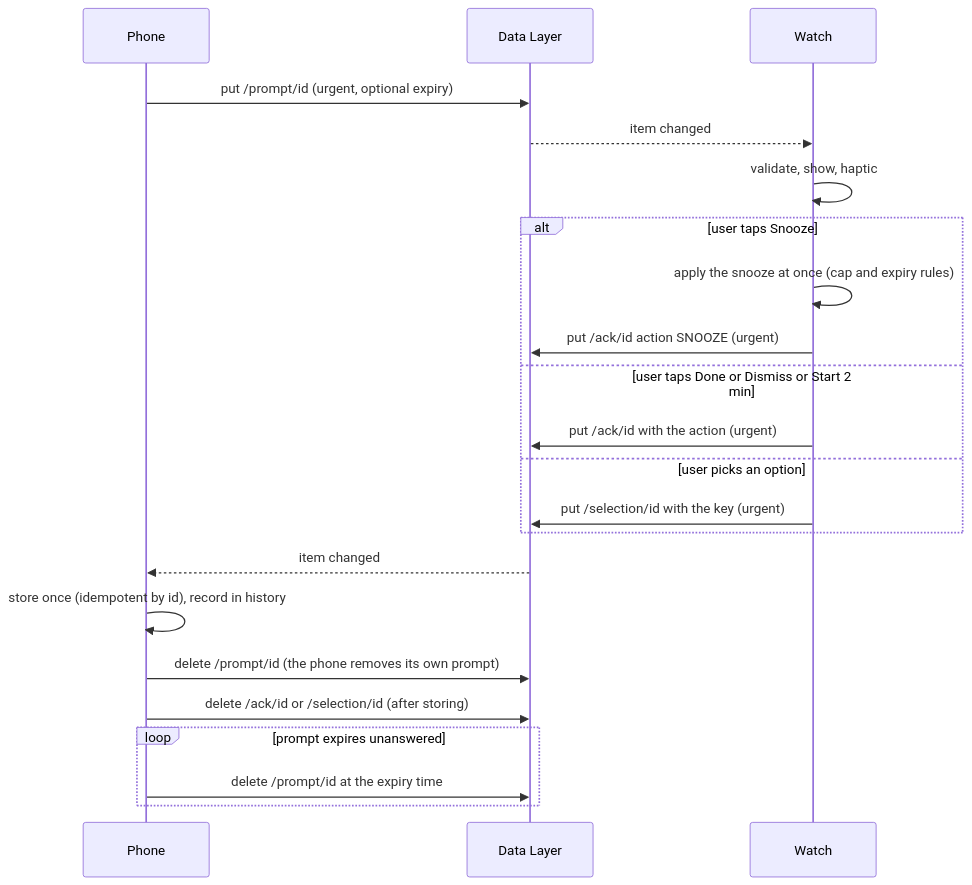
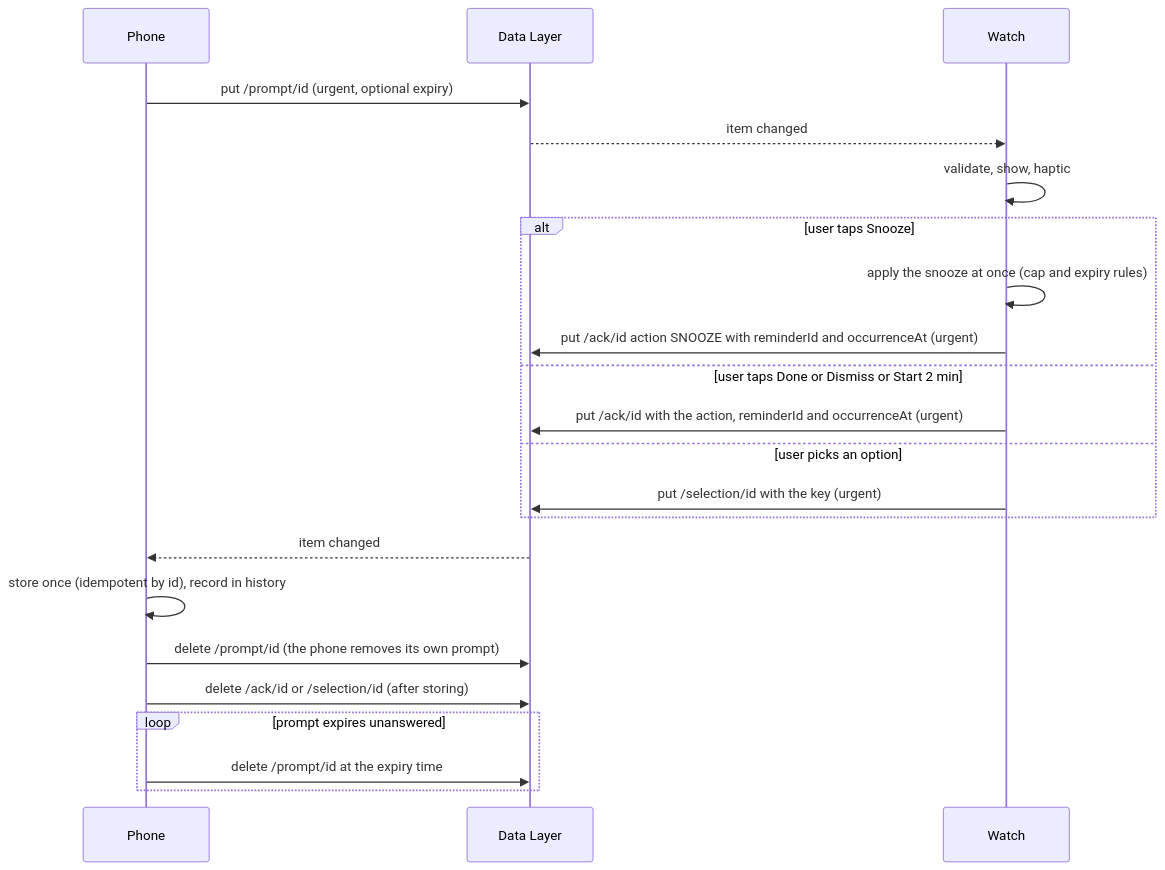
One commit to shlomoa/my-adhd-pal changed the second of 4 diagrams in docs/protocol.md. Above: the diagram before and after it, drawn with Mermaid. The commit also changed other lines of this file and 5 other files, not shown here.

First line of the commit message:
Shared: Acknowledgement gets optional reminderId and occurrenceAt, protocol 1.1 (amendment of G1)

````diff
--- a/docs/protocol.md
+++ b/docs/protocol.md
@@ -156,24 +162,24 @@
 ```mermaid
 sequenceDiagram
     participant P as Phone
     participant D as Data Layer
     participant W as Watch
     P->>D: put /prompt/id (urgent, optional expiry)
     D-->>W: item changed
     W->>W: validate, show, haptic
     alt user taps Snooze
         W->>W: apply the snooze at once (cap and expiry rules)
-        W->>D: put /ack/id action SNOOZE (urgent)
+        W->>D: put /ack/id action SNOOZE with reminderId and occurrenceAt (urgent)
     else user taps Done or Dismiss or Start 2 min
-        W->>D: put /ack/id with the action (urgent)
+        W->>D: put /ack/id with the action, reminderId and occurrenceAt (urgent)
     else user picks an option
         W->>D: put /selection/id with the key (urgent)
     end
     D-->>P: item changed
     P->>P: store once (idempotent by id), record in history
     P->>D: delete /prompt/id (the phone removes its own prompt)
     P->>D: delete /ack/id or /selection/id (after storing)
     loop prompt expires unanswered
         P->>D: delete /prompt/id at the expiry time
     end
 ```
````
